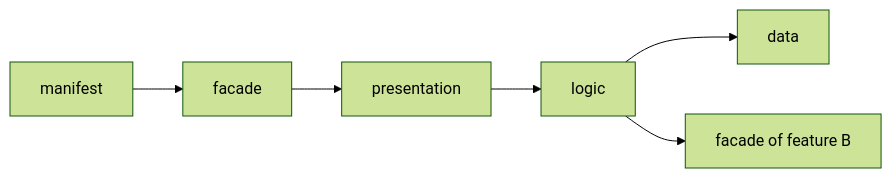
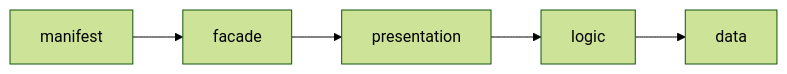
The third of 3 diagrams in docs/architect-system-foundation.md (AIDDbot/AIDDbot), drawn with Mermaid (forest theme) before and after one commit. The commit also changed other lines of this file, not shown here.

Commit message:
docs: let all feature layers use the facades of other features

````diff
--- a/docs/architect-system-foundation.md
+++ b/docs/architect-system-foundation.md
@@ -48,8 +48,7 @@
 ```mermaid
 flowchart LR
     MANIFEST[manifest] --> FACADE[facade]
     FACADE --> PRES[presentation]
     PRES --> LOGIC[logic]
     LOGIC --> DATA[data]
-    LOGIC --> BFACADE[facade of feature B]
 ```
````
